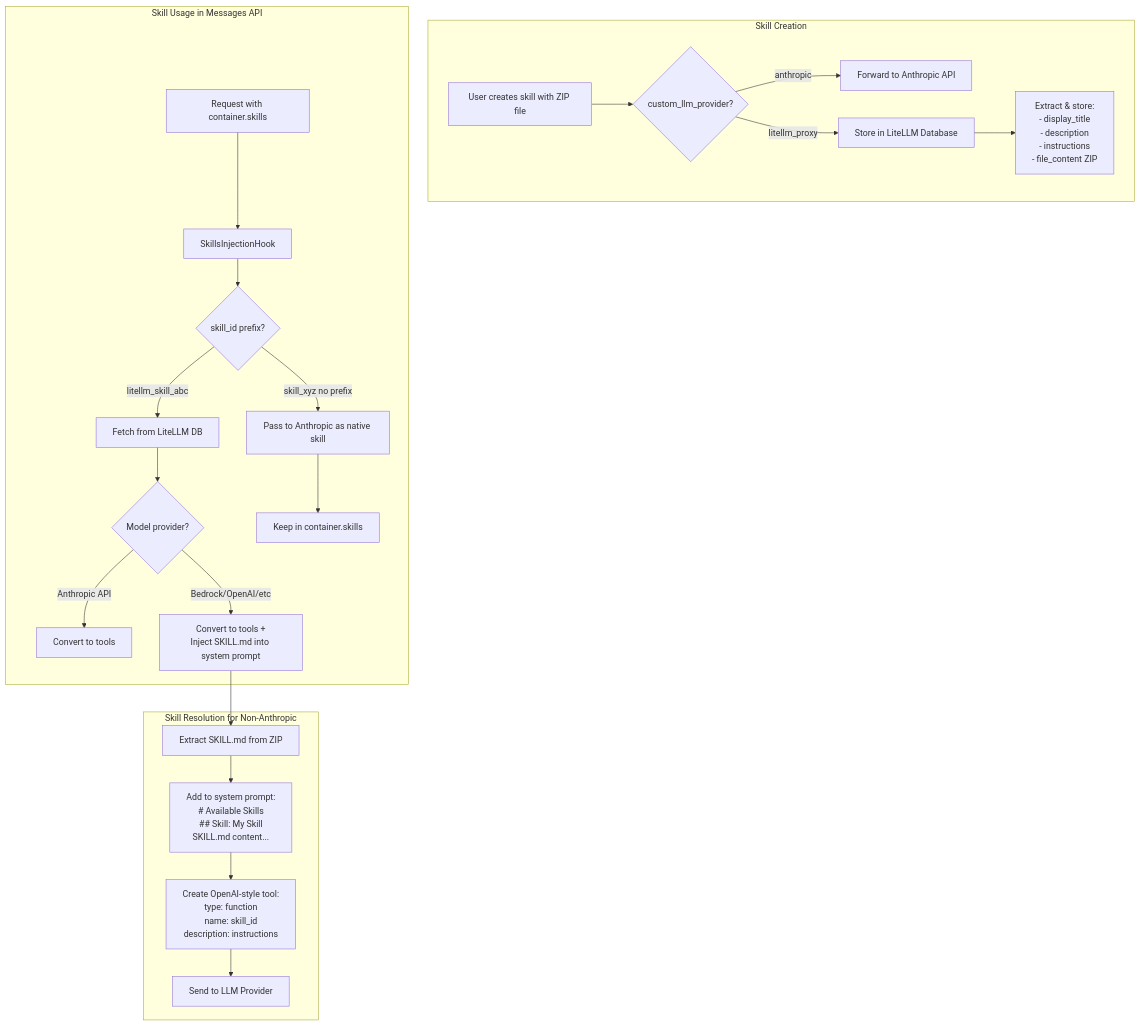
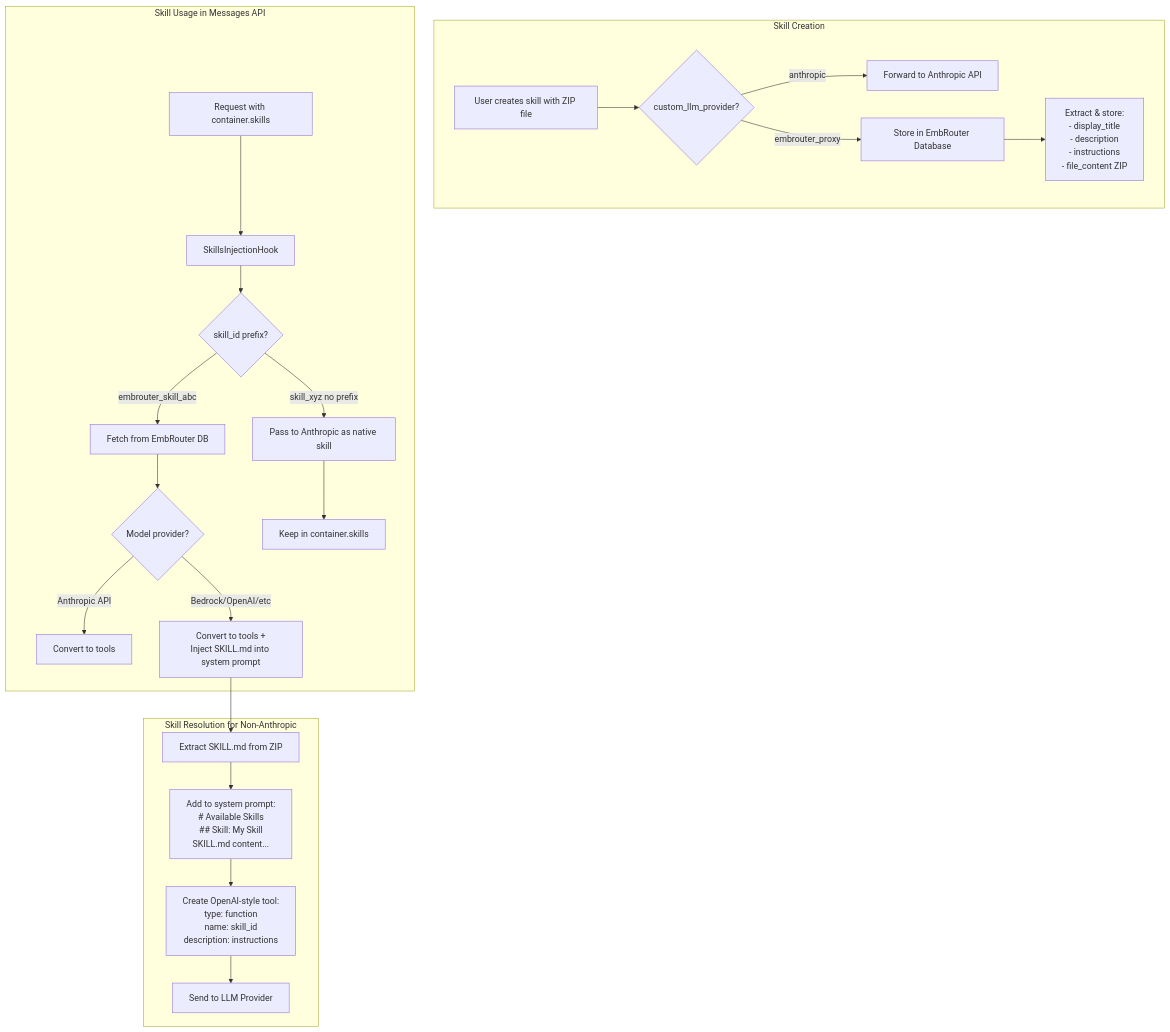
The first of 2 diagrams in embrouter/llms/embrouter_proxy/skills/README.md (Issue-03/llm-passage), drawn with Mermaid before and after one commit. The commit also changed other lines of this file and 5078 other files, not shown here.

First line of the commit message:
Phase 3 step 4: rename litellm to embrouter in file contents

````diff
--- a/embrouter/llms/embrouter_proxy/skills/README.md
+++ b/embrouter/llms/embrouter_proxy/skills/README.md
@@ -7,31 +7,31 @@
 ```mermaid
 flowchart TB
     subgraph "Skill Creation"
         A[User creates skill with ZIP file] --> B{custom_llm_provider?}
         B -->|anthropic| C[Forward to Anthropic API]
-        B -->|litellm_proxy| D[Store in LiteLLM Database]
+        B -->|embrouter_proxy| D[Store in EmbRouter Database]
         
         D --> E[Extract & store:<br/>- display_title<br/>- description<br/>- instructions<br/>- file_content ZIP]
     end
     
     subgraph "Skill Usage in Messages API"
         F[Request with container.skills] --> G[SkillsInjectionHook]
         G --> H{skill_id prefix?}
         
-        H -->|"litellm_skill_abc"| I[Fetch from LiteLLM DB]
+        H -->|"embrouter_skill_abc"| I[Fetch from EmbRouter DB]
         H -->|"skill_xyz" no prefix| J[Pass to Anthropic as native skill]
         
         I --> K{Model provider?}
         K -->|Anthropic API| L[Convert to tools]
         K -->|Bedrock/OpenAI/etc| M[Convert to tools +<br/>Inject SKILL.md into system prompt]
         
         J --> N[Keep in container.skills]
     end
     
     subgraph "Skill Resolution for Non-Anthropic"
         M --> O[Extract SKILL.md from ZIP]
         O --> P[Add to system prompt:<br/># Available Skills<br/>## Skill: My Skill<br/>SKILL.md content...]
         P --> Q[Create OpenAI-style tool:<br/>type: function<br/>name: skill_id<br/>description: instructions]
         Q --> R[Send to LLM Provider]
     end
 ```
````
